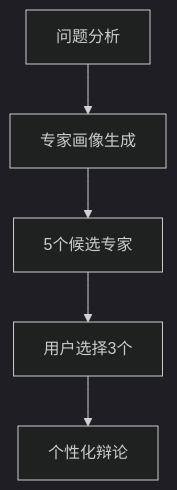
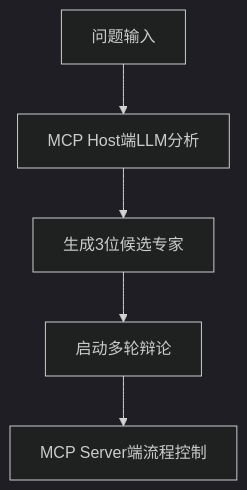
One commit to MitsudoAI/guru-pk-mcp changed the first of 2 diagrams in README.md. Above: the diagram before and after it, drawn with Mermaid (dark theme). The commit also changed other lines of this file, not shown here.

First line of the commit message:
docs: Comprehensively revise README.md to reflect dynamic expert generation architecture

````diff
--- a/README.md
+++ b/README.md
@@ -135,7 +107,7 @@
 ```mermaid
 graph TB
-    A[问题分析] --> B[专家画像生成]
-    B --> C[5个候选专家]
-    C --> D[用户选择3个]
-    D --> E[个性化辩论]
+    A[问题输入] --> B[MCP Host端LLM分析]
+    B --> C[生成3位候选专家]
+    C --> D[启动多轮辩论]
+    D --> E[MCP Server端流程控制]
 ```
````
